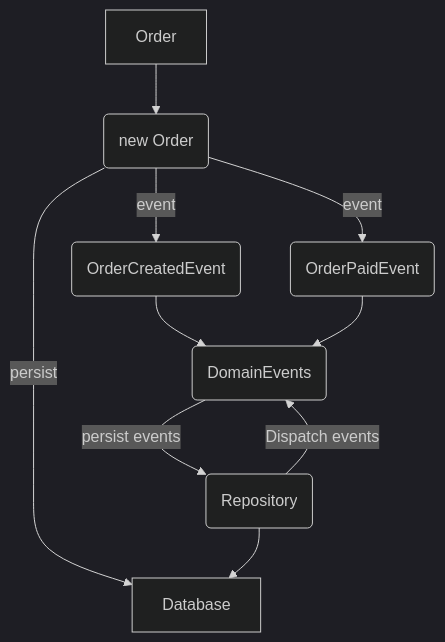
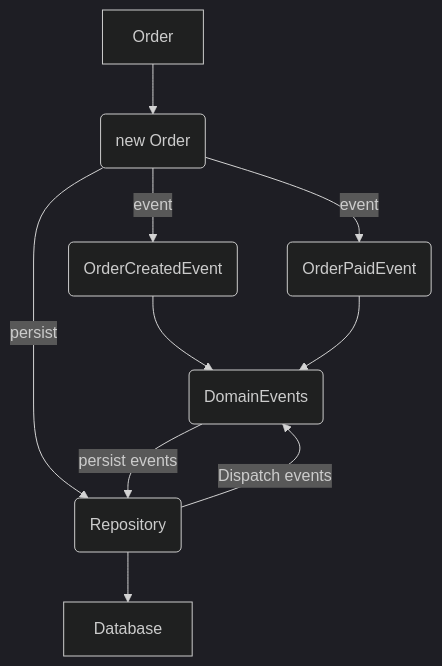
The diagram in README.md (jdgabriel/ddd-domain-events), drawn with Mermaid (dark theme) before and after one commit.

Commit message:
feat: update mermaid flow

````diff
--- a/README.md
+++ b/README.md
@@ -5,14 +5,15 @@
 ```mermaid
 flowchart TD
     A[Order] --> B(new Order)
     B --> |event| C(OrderCreatedEvent)
     B --> |event| D(OrderPaidEvent)
-    B --> |persist| F[Database]
+    B --> |persist|G
     C --> E
     D --> E
+    F[Database]
     E(DomainEvents)
     G(Repository)
     E --> |persist events|G
     G --> |Dispatch events| E
     G --> F
 ```
````
